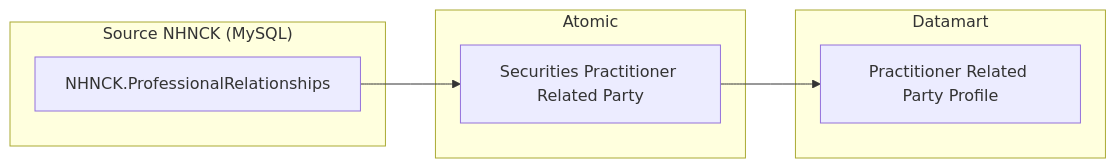
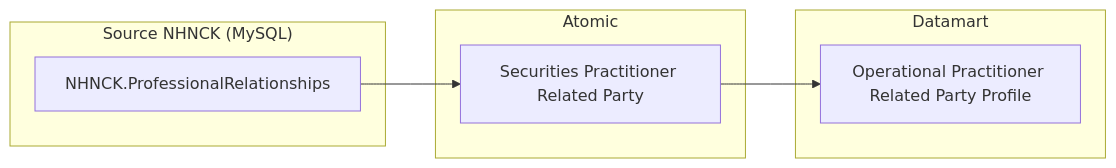
The fourth of 40 diagrams in Datamart/hld/DTM_NHNCK_HLD.md (linhlvit/ubck_atomic_design), drawn with Mermaid before and after one commit. The commit also changed other lines of this file and 52 other files, not shown here.

````diff
--- a/Datamart/hld/DTM_NHNCK_HLD.md
+++ b/Datamart/hld/DTM_NHNCK_HLD.md
@@ -135,17 +135,17 @@
 ```mermaid
 flowchart LR
     subgraph SRC["Source NHNCK (MySQL)"]
         S1["NHNCK.ProfessionalRelationships"]
     end
 
     subgraph SIL["Atomic"]
         SV1["Securities Practitioner Related Party"]
     end
 
     subgraph Datamart["Datamart"]
-        G1["Practitioner Related Party Profile"]
+        G1["Operational Practitioner Related Party Profile"]
     end
 
     S1 --> SV1
     SV1 --> G1
 ```
````
